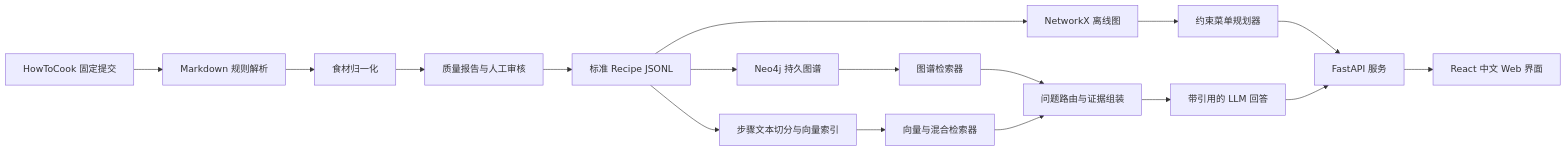
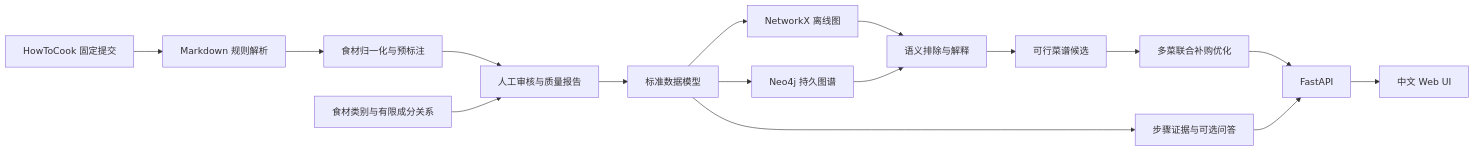
One commit to tft999/knowledge-engineering-practice changed the diagram in docs/PROJECT.md. Above: the diagram before and after it, drawn with Mermaid. The commit also changed other lines of this file, not shown here.

Commit message:
docs: align project definition with graph constraints

````diff
--- a/docs/PROJECT.md
+++ b/docs/PROJECT.md
@@ -110,19 +149,18 @@
 ```mermaid
 flowchart LR
     A[HowToCook 固定提交] --> B[Markdown 规则解析]
-    B --> C[食材归一化]
-    C --> D[质量报告与人工审核]
-    D --> E[标准 Recipe JSONL]
+    B --> C[食材归一化与预标注]
+    C --> D[人工审核与质量报告]
+    X[食材类别与有限成分关系] --> D
+    D --> E[标准数据模型]
     E --> F[NetworkX 离线图]
     E --> G[Neo4j 持久图谱]
-    F --> H[约束菜单规划器]
-    G --> I[图谱检索器]
-    E --> J[步骤文本切分与向量索引]
-    J --> K[向量与混合检索器]
-    H --> L[FastAPI 服务]
-    I --> M[问题路由与证据组装]
-    K --> M
-    M --> N[带引用的 LLM 回答]
-    N --> L
-    L --> O[React 中文 Web 界面]
+    F --> H[语义排除与解释]
+    G --> H
+    H --> I[可行菜谱候选]
+    I --> J[多菜联合补购优化]
+    J --> K[FastAPI]
+    K --> L[中文 Web UI]
+    E --> M[步骤证据与可选问答]
+    M --> K
 ```
````
